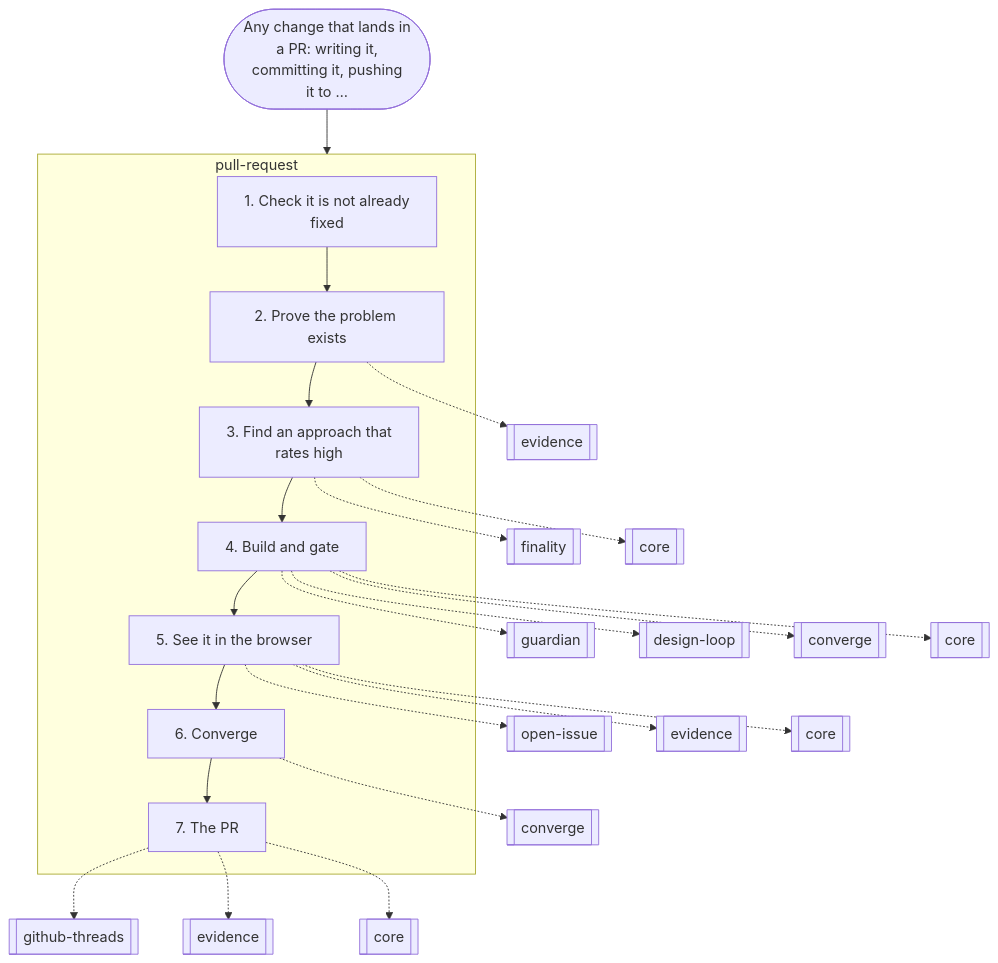
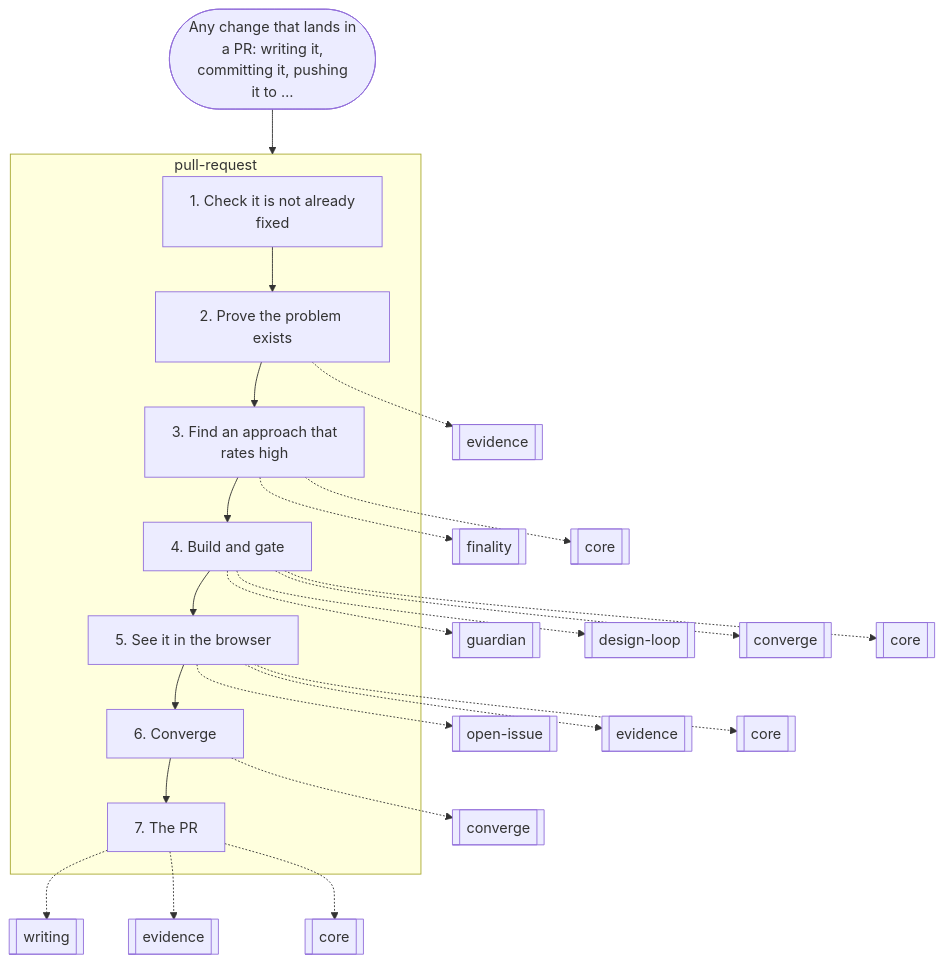
The seventh of 17 diagrams in docs/graphs.md (nitedani/mergeworthy), drawn with Mermaid before and after one commit. The commit also changed other lines of this file and 14 other files, not shown here.

````diff
--- a/docs/graphs.md
+++ b/docs/graphs.md
@@ -176,34 +200,34 @@
 ```mermaid
 flowchart TB
   start(["Any change that lands in<br/>a PR: writing it,<br/>committing it, pushing<br/>it to …"])
   subgraph g0["pull-request"]
     s0["1. Check it is not already<br/>fixed"]
     s1["2. Prove the problem exists"]
     s0 --> s1
     s2["3. Find an approach that<br/>rates high"]
     s1 --> s2
     s3["4. Build and gate"]
     s2 --> s3
     s4["5. See it in the browser"]
     s3 --> s4
     s5["6. Converge"]
     s4 --> s5
     s6["7. The PR"]
     s5 --> s6
   end
   s1 -.-> r1[["evidence"]]
   s2 -.-> r2[["finality"]]
   s2 -.-> r3[["core"]]
   s3 -.-> r4[["guardian"]]
   s3 -.-> r5[["design-loop"]]
   s3 -.-> r6[["converge"]]
   s3 -.-> r7[["core"]]
   s4 -.-> r8[["open-issue"]]
   s4 -.-> r9[["evidence"]]
   s4 -.-> r10[["core"]]
   s5 -.-> r11[["converge"]]
-  s6 -.-> r12[["github-threads"]]
+  s6 -.-> r12[["writing"]]
   s6 -.-> r13[["evidence"]]
   s6 -.-> r14[["core"]]
   start --> g0
 ```
````
